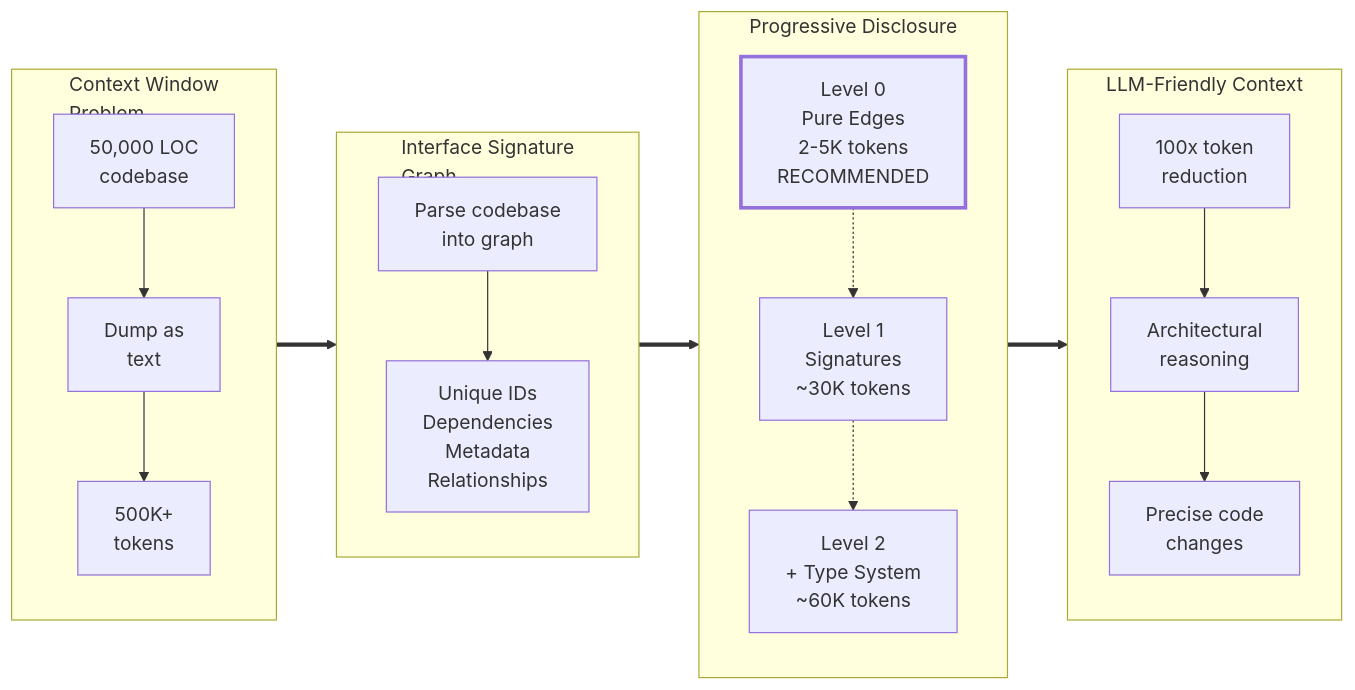
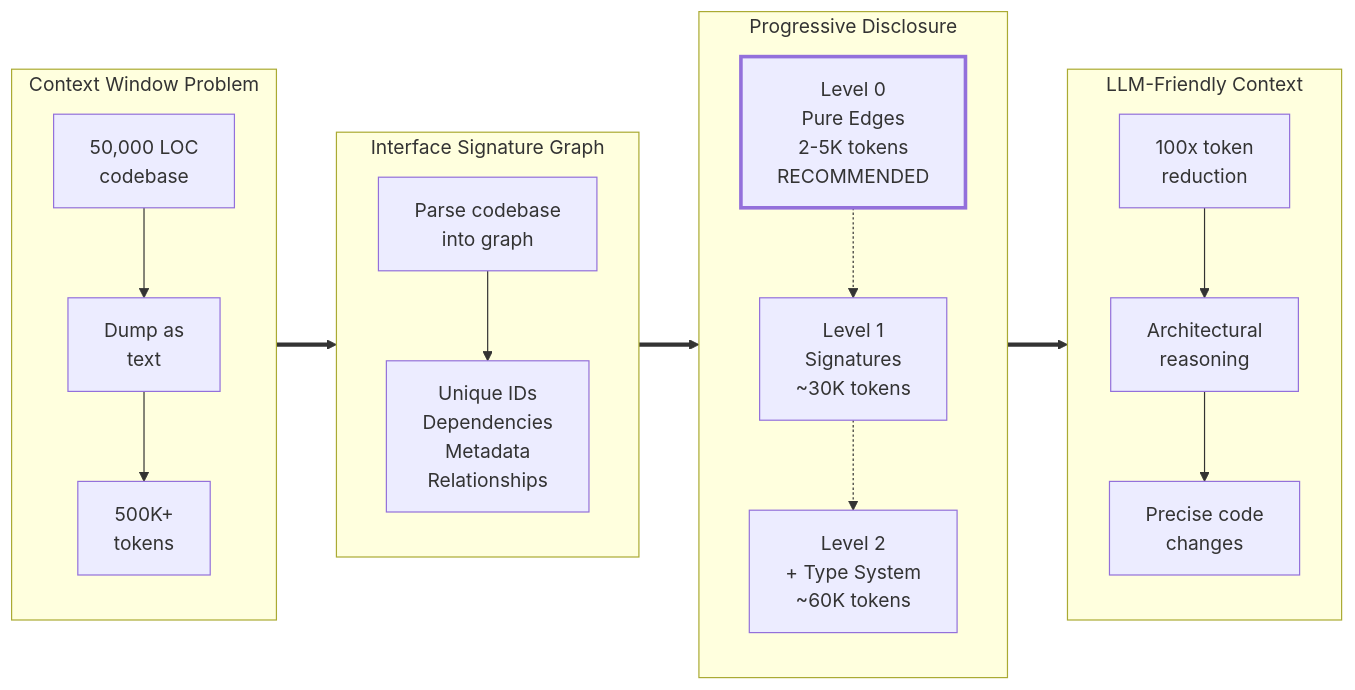
Before and after one commit to that-in-rust/parseltongue: the first of 2 diagrams in README.md, drawn with Mermaid. The commit also changed 1 other file, not shown here.

Commit message:
fix(docs): Remove line breaks from subgraph titles to prevent text overlap
The <br/> tags were causing text overlap in mermaid rendering.
Keep titles on single lines for clean rendering.

🤖 Generated with [Claude Code](https://claude.com/claude-code)

````diff
--- a/README.md
+++ b/README.md
@@ -3,35 +3,35 @@
 ```mermaid
 graph LR
-    subgraph PROBLEM["Context Window<br/>Problem"]
+    subgraph PROBLEM["Context Window Problem"]
         P1["50,000 LOC<br/>codebase"]
         P2["Dump as<br/>text"]
         P3["500K+<br/>tokens"]
         P1 --> P2 --> P3
     end
 
-    subgraph ISG["Interface Signature<br/>Graph"]
+    subgraph ISG["Interface Signature Graph"]
         I1["Parse codebase<br/>into graph"]
         I2["Unique IDs<br/>Dependencies<br/>Metadata<br/>Relationships"]
         I1 --> I2
     end
 
     subgraph LEVELS["Progressive Disclosure"]
         L0["Level 0<br/>Pure Edges<br/>2-5K tokens<br/>RECOMMENDED"]
         L1["Level 1<br/>Signatures<br/>~30K tokens"]
         L2["Level 2<br/>+ Type System<br/>~60K tokens"]
         L0 -.-> L1 -.-> L2
     end
 
     subgraph OUTCOME["LLM-Friendly Context"]
         O1["100x token<br/>reduction"]
         O2["Architectural<br/>reasoning"]
         O3["Precise code<br/>changes"]
         O1 --> O2 --> O3
     end
 
     PROBLEM ==> ISG
     ISG ==> LEVELS
     LEVELS ==> OUTCOME
 
     style L0 stroke-width:3px
 ```
````
